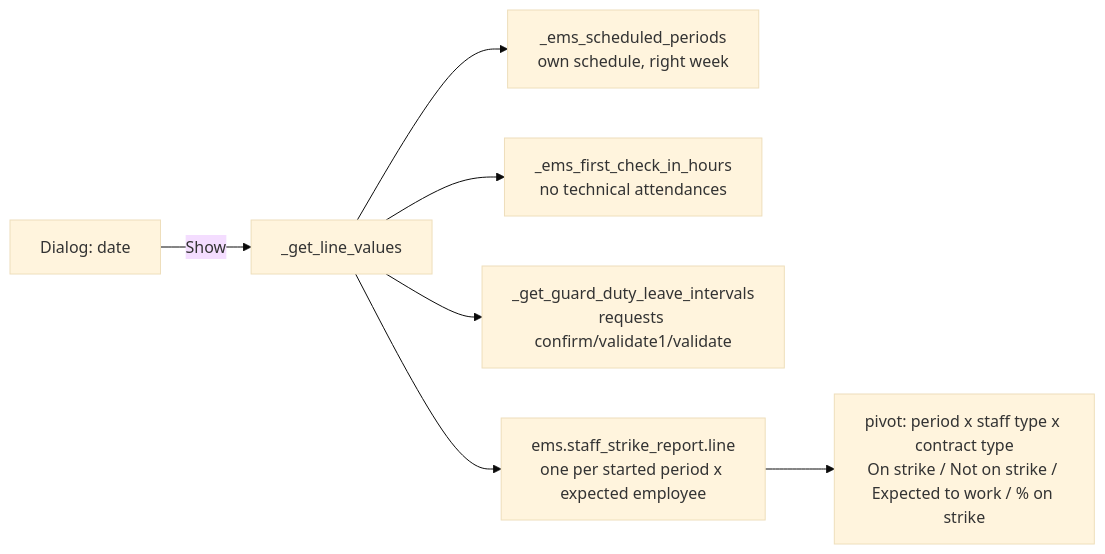
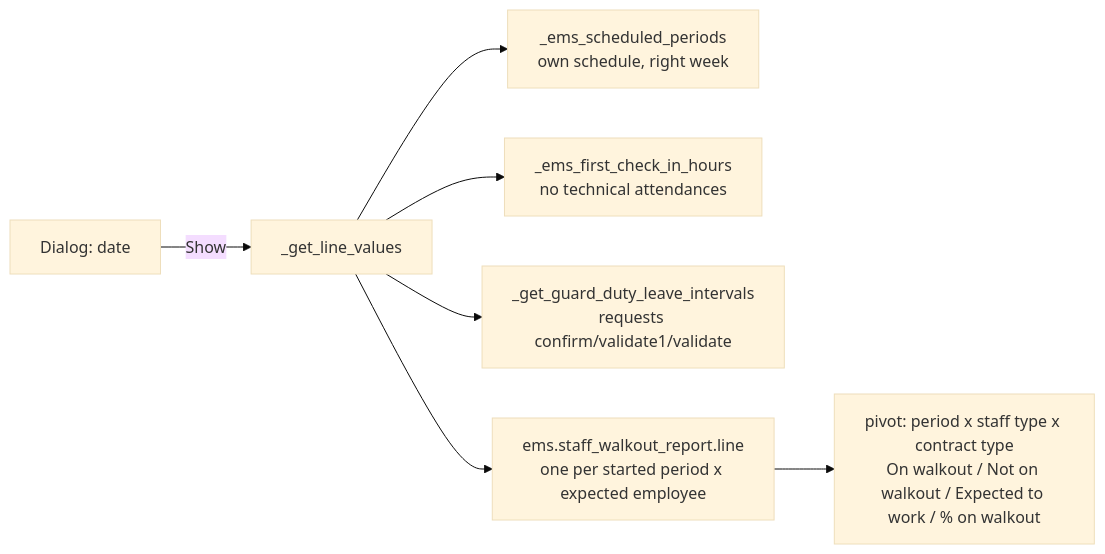
Before and after one commit to ElPuig/EMS: the eighth of 11 diagrams in docs/en/developers/employees/absence.md, drawn with Mermaid (base theme). The commit also changed other lines of this file and 19 other files, not shown here.

First line of the commit message:
Staff walkout report: "walkout", never "strike", to keep it apart from ems.strike (#813)

````diff
--- a/docs/en/developers/employees/absence.md
+++ b/docs/en/developers/employees/absence.md
@@ -1233,9 +1233,9 @@
 ```mermaid
 flowchart LR
     D[Dialog: date] -->|Show| G[_get_line_values]
     G --> P[_ems_scheduled_periods<br/>own schedule, right week]
     G --> A[_ems_first_check_in_hours<br/>no technical attendances]
     G --> L[_get_guard_duty_leave_intervals<br/>requests confirm/validate1/validate]
-    G --> X[ems.staff_strike_report.line<br/>one per started period x expected employee]
-    X --> V[pivot: period x staff type x contract type<br/>On strike / Not on strike / Expected to work / % on strike]
+    G --> X[ems.staff_walkout_report.line<br/>one per started period x expected employee]
+    X --> V[pivot: period x staff type x contract type<br/>On walkout / Not on walkout / Expected to work / % on walkout]
 ```
````
